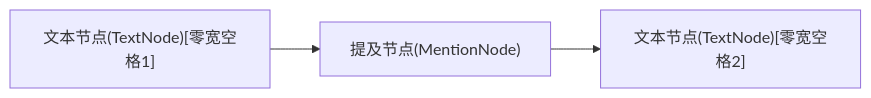
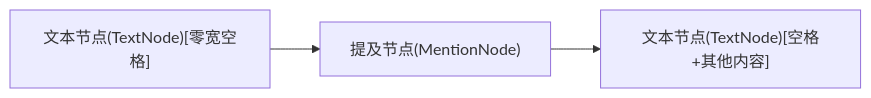
Before and after one commit to guixin-ai/guixin: the first of 2 diagrams in apps/client/src/components/chat-input/plugins/mention-transforms.plugin.md, drawn with Mermaid. The commit also changed other lines of this file and 2 other files, not shown here.

````diff
--- a/apps/client/src/components/chat-input/plugins/mention-transforms.plugin.md
+++ b/apps/client/src/components/chat-input/plugins/mention-transforms.plugin.md
@@ -16,5 +16,5 @@
 ```mermaid
 graph LR
-    A["文本节点(TextNode)[零宽空格1]"] --> B["提及节点(MentionNode)"]
-    B --> C["文本节点(TextNode)[零宽空格2]"]
+    A["文本节点(TextNode)[零宽空格]"] --> B["提及节点(MentionNode)"]
+    B --> C["文本节点(TextNode)[空格+其他内容]"]
 ```
````
